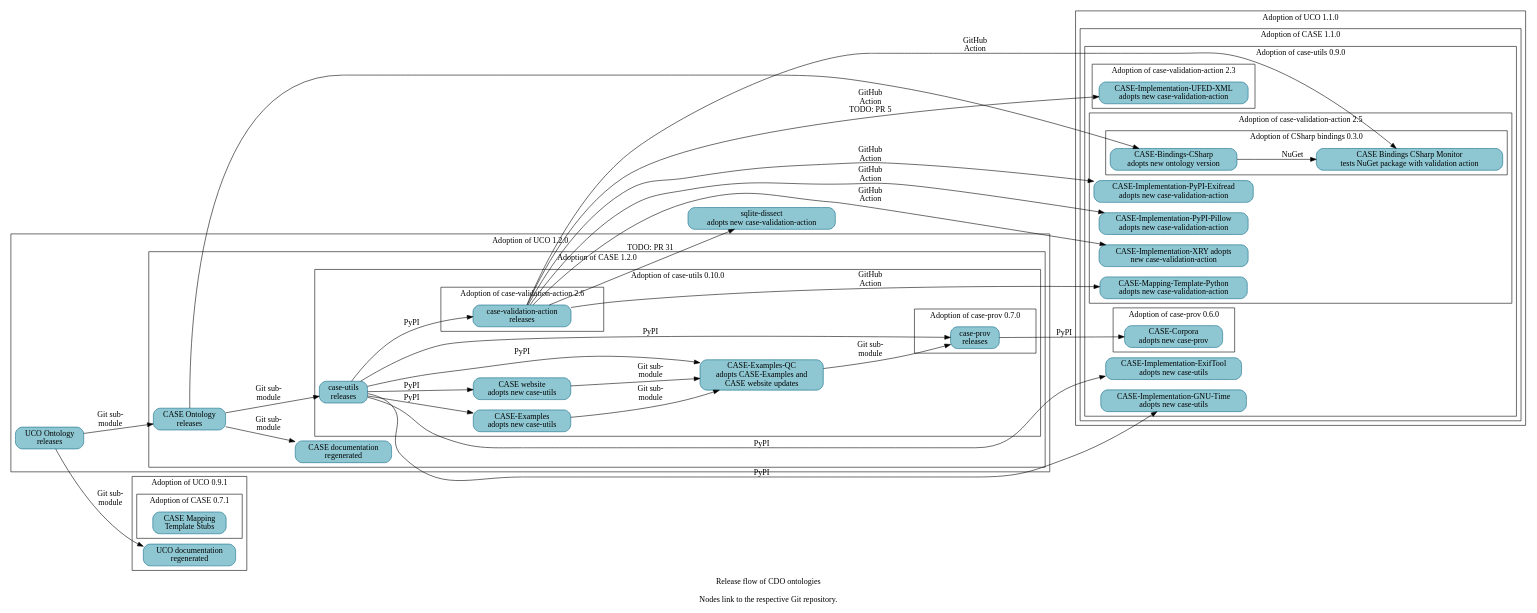
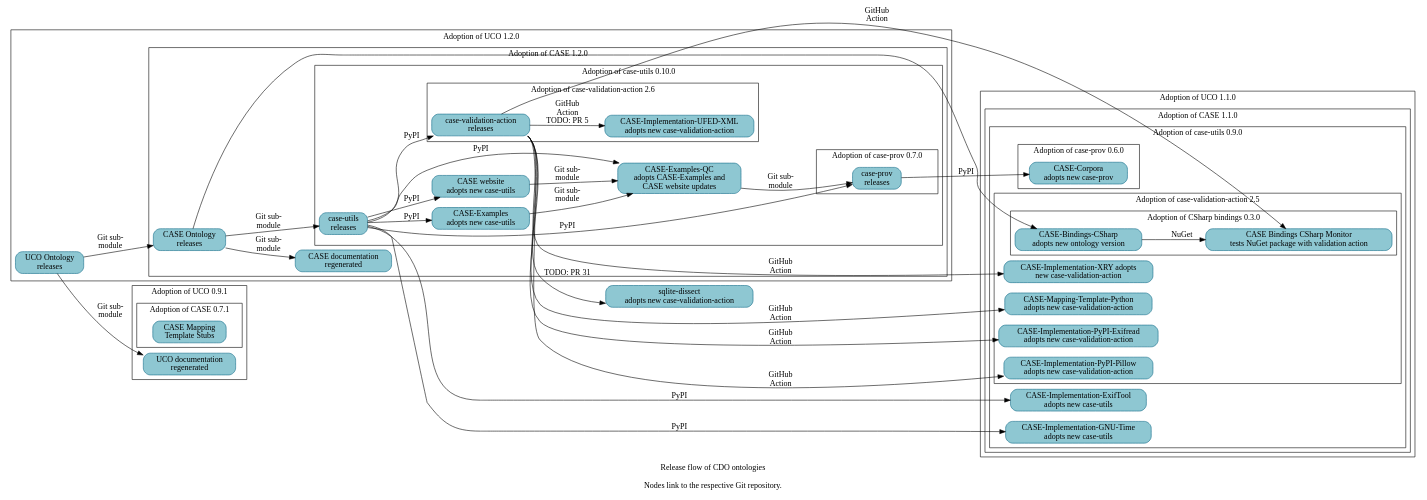
The diagram in resources/project_release_flow.dot (Cyber-Domain-Ontology/cdo.github.io), drawn with Graphviz before and after one commit.

Commit message:
Bump CASE-Implementation-UFED-XML adoption status
A follow-on patch will regenerate Make-managed files.

```diff
--- a/resources/project_release_flow.dot
+++ b/resources/project_release_flow.dot
@@ -1,123 +1,118 @@
 digraph "cdo_release_flow" {
   label = "Release flow of CDO ontologies\n\nNodes link to the respective Git repository." ;
   rankdir = "LR" ;
   node [shape="rectangle" style="filled,rounded" fillcolor="#8EC7D2" color="#0D6986"] ;
 
 
   // Define nodes in their corresponding progress subgraph.
 
   subgraph cluster_uco_0_9_1 {
     label = "Adoption of UCO 0.9.1" ;
 
     _GH__UCOPROJECT__ONTOLOGY_UNIFIEDCYBERONTOLOGY_ORG [URL="https://github.com/ucoProject/ontology.unifiedcyberontology.org" label="UCO documentation\nregenerated"] ;
 
     subgraph cluster_case_0_7_1 {
       label = "Adoption of CASE 0.7.1" ;
       _GH__CASEWORK__CASE_MAPPING_TEMPLATE_STUBS [URL="https://github.com/casework/CASE-Mapping-Template-Stubs" label="CASE Mapping\nTemplate Stubs"] ;
     }
   }
   subgraph cluster_uco_1_1_0 {
     label = "Adoption of UCO 1.1.0" ;
 
     subgraph cluster_case_1_1_0 {
       label = "Adoption of CASE 1.1.0" ;
 
       subgraph cluster_case_utils_0_9_0 {
         label = "Adoption of case-utils 0.9.0" ;
 
         _GH__CASEWORK__CASE_IMPLEMENTATON_EXIFTOOL [URL="https://github.com/casework/CASE-Implementation-ExifTool" label="CASE-Implementation-ExifTool\nadopts new case-utils"] ;
         _GH__CASEWORK__CASE_IMPLEMENTATON_GNU_TIME [URL="https://github.com/casework/CASE-Implementation-GNU-Time" label="CASE-Implementation-GNU-Time\nadopts new case-utils"] ;
 
         subgraph cluster_case_prov_0_6_0 {
           label = "Adoption of case-prov 0.6.0" ;
 
           _GH__CASEWORK__CASE_CORPORA [URL="https://github.com/casework/CASE-Corpora" label="CASE-Corpora\nadopts new case-prov"] ;
-        }
-
-        subgraph cluster_case_validation_action_2_3 {
-          label = "Adoption of case-validation-action 2.3" ;
-
-          _GH__CASEWORK__CASE_IMPLEMENTATON_UFED_XML [URL="https://github.com/casework/CASE-Implementation-UFED-XML" label="CASE-Implementation-UFED-XML\nadopts new case-validation-action"] ;
         }
 
         subgraph cluster_case_validation_action_2_5 {
           label = "Adoption of case-validation-action 2.5" ;
 
           _GH__CASEWORK__CASE_IMPLEMENTATON_PYPI_EXIFREAD [URL="https://github.com/casework/CASE-Implementation-PyPI-Exifread" label="CASE-Implementation-PyPI-Exifread\nadopts new case-validation-action"] ;
           _GH__CASEWORK__CASE_IMPLEMENTATON_PYPI_PILLOW [URL="https://github.com/casework/CASE-Implementation-PyPI-Pillow" label="CASE-Implementation-PyPI-Pillow\nadopts new case-validation-action"] ;
           _GH__CASEWORK__CASE_IMPLEMENTATON_XRY [URL="https://github.com/casework/CASE-Implementation-XRY" label="CASE-Implementation-XRY adopts\nnew case-validation-action"] ;
           _GH__CASEWORK__CASE_MAPPING_TEMPLATE_PYTHON [URL="https://github.com/casework/CASE-Mapping-Template-Python" label="CASE-Mapping-Template-Python\nadopts new case-validation-action"] ;
 
           subgraph cluster_case_bindings_csharp_0_3_0 {
             label = "Adoption of CSharp bindings 0.3.0" ;
             _GH__CASEWORK__CASE_BINDINGS_CSHARP_MONITOR [URL="https://github.com/casework/CASE-Bindings-CSharp-Monitor" label="CASE Bindings CSharp Monitor\ntests NuGet package with validation action"] ;
             _GH__CIPHERTECHSOLUTIONS__CASE_BINDINGS_CSHARP [URL="https://github.com/ciphertechsolutions/CASE-Bindings-CSharp" label="CASE-Bindings-CSharp\nadopts new ontology version"]
           }
         }
       }
     }
   }
   subgraph cluster_uco_1_2_0 {
     label = "Adoption of UCO 1.2.0" ;
 
     _GH__UCOPROJECT__UCO [URL="https://github.com/ucoProject/UCO" label="UCO Ontology\nreleases"] ;
 
     subgraph cluster_case_1_2_0 {
       label = "Adoption of CASE 1.2.0" ;
 
       _GH__CASEWORK__CASE [URL="https://github.com/casework/CASE" label="CASE Ontology\nreleases"] ;
       _GH__CASEWORK__ONTOLOGY_CASEONTOLOGY_ORG [URL="https://github.com/casework/ontology.caseontology.org" label="CASE documentation\nregenerated"] ;
 
       subgraph cluster_case_utils_0_10_0 {
         label = "Adoption of case-utils 0.10.0" ;
 
         _GH__AJNELSON_NIST__CASE_EXAMPLES_QC [URL="https://github.com/ajnelson-nist/CASE-Examples-QC" label="CASE-Examples-QC\nadopts CASE-Examples and\nCASE website updates"] ;
         _GH__CASEWORK__CASE_EXAMPLES [URL="https://github.com/casework/CASE-Examples" label="CASE-Examples\nadopts new case-utils"] ;
         _GH__CASEWORK__CASE_UTILITIES_PYTHON [URL="https://github.com/casework/CASE-Utilities-Python" label="case-utils\nreleases"] ;
         _GH__CASEWORK__CASEWORK_GITHUB_IO [URL="https://github.com/casework/casework.github.io" label="CASE website\nadopts new case-utils"] ;
 
         subgraph cluster_case_prov_0_7_0 {
           label = "Adoption of case-prov 0.7.0" ;
 
           _GH__CASEWORK__CASE_IMPLEMENTATON_PROV_O [URL="https://github.com/casework/CASE-Implementation-PROV-O" label="case-prov\nreleases"] ;
         }
         subgraph cluster_case_validation_action_2_6 {
           label = "Adoption of case-validation-action 2.6" ;
 
+          _GH__CASEWORK__CASE_IMPLEMENTATON_UFED_XML [URL="https://github.com/casework/CASE-Implementation-UFED-XML" label="CASE-Implementation-UFED-XML\nadopts new case-validation-action"] ;
           _GH__KCHASON__CASE_VALIDATION_ACTION [URL="https://github.com/kchason/case-validation-action" label="case-validation-action\nreleases"] ;
         }
       }
     }
   }
 
   _GH__DOD_CYBER_CRIME_CENTER__SQLITE_DISSECT [URL="https://github.com/dod-cyber-crime-center/sqlite-dissect" label="sqlite-dissect\nadopts new case-validation-action"] ;
 
   // Begin edges
 
   _GH__AJNELSON_NIST__CASE_EXAMPLES_QC -> _GH__CASEWORK__CASE_IMPLEMENTATON_PROV_O [label="Git sub-\nmodule"] ;
   _GH__CASEWORK__CASE -> _GH__CASEWORK__CASE_UTILITIES_PYTHON [label="Git sub-\nmodule"] ;
   _GH__CASEWORK__CASE -> _GH__CIPHERTECHSOLUTIONS__CASE_BINDINGS_CSHARP ;
   _GH__CASEWORK__CASE -> _GH__CASEWORK__ONTOLOGY_CASEONTOLOGY_ORG [label="Git sub-\nmodule"] ; 
   _GH__CASEWORK__CASE_EXAMPLES -> _GH__AJNELSON_NIST__CASE_EXAMPLES_QC [label="Git sub-\nmodule"] ;
   _GH__CASEWORK__CASE_IMPLEMENTATON_PROV_O -> _GH__CASEWORK__CASE_CORPORA [label="PyPI"] ;
   _GH__CASEWORK__CASE_UTILITIES_PYTHON -> _GH__AJNELSON_NIST__CASE_EXAMPLES_QC [label="PyPI"] ;
   _GH__CASEWORK__CASE_UTILITIES_PYTHON -> _GH__CASEWORK__CASE_EXAMPLES [label="PyPI"] ;
   _GH__CASEWORK__CASE_UTILITIES_PYTHON -> _GH__CASEWORK__CASE_IMPLEMENTATON_EXIFTOOL [label="PyPI"] ;
   _GH__CASEWORK__CASE_UTILITIES_PYTHON -> _GH__CASEWORK__CASE_IMPLEMENTATON_GNU_TIME [label="PyPI"] ;
   _GH__CASEWORK__CASE_UTILITIES_PYTHON -> _GH__CASEWORK__CASE_IMPLEMENTATON_PROV_O [label="PyPI"] ;
   _GH__CASEWORK__CASE_UTILITIES_PYTHON -> _GH__KCHASON__CASE_VALIDATION_ACTION [label="PyPI"] ;
   _GH__CASEWORK__CASE_UTILITIES_PYTHON -> _GH__CASEWORK__CASEWORK_GITHUB_IO [label="PyPI"] ;
   _GH__CASEWORK__CASEWORK_GITHUB_IO -> _GH__AJNELSON_NIST__CASE_EXAMPLES_QC [label="Git sub-\nmodule"] ;
   _GH__CIPHERTECHSOLUTIONS__CASE_BINDINGS_CSHARP -> _GH__CASEWORK__CASE_BINDINGS_CSHARP_MONITOR [label="NuGet"] ;
   _GH__KCHASON__CASE_VALIDATION_ACTION -> _GH__CASEWORK__CASE_BINDINGS_CSHARP_MONITOR [label="GitHub\nAction"] ;
   _GH__KCHASON__CASE_VALIDATION_ACTION -> _GH__CASEWORK__CASE_IMPLEMENTATON_PYPI_EXIFREAD [label="GitHub\nAction"] ;
   _GH__KCHASON__CASE_VALIDATION_ACTION -> _GH__CASEWORK__CASE_IMPLEMENTATON_PYPI_PILLOW [label="GitHub\nAction"] ;
   _GH__KCHASON__CASE_VALIDATION_ACTION -> _GH__CASEWORK__CASE_IMPLEMENTATON_UFED_XML [URL="https://github.com/casework/CASE-Implementation-UFED-XML/pull/5" label="GitHub\nAction\nTODO: PR 5"] ;
   _GH__KCHASON__CASE_VALIDATION_ACTION -> _GH__CASEWORK__CASE_IMPLEMENTATON_XRY [label="GitHub\nAction"] ;
   _GH__KCHASON__CASE_VALIDATION_ACTION -> _GH__CASEWORK__CASE_MAPPING_TEMPLATE_PYTHON [label="GitHub\nAction"] ;
   _GH__KCHASON__CASE_VALIDATION_ACTION -> _GH__DOD_CYBER_CRIME_CENTER__SQLITE_DISSECT [URL="https://github.com/dod-cyber-crime-center/sqlite-dissect/pull/31" label="TODO: PR 31"] ;
   // TODO _GH__UCOPROJECT__ONTOLOGY_UNIFIEDCYBERONTOLOGY_ORG -> _GH__CASEWORK__ONTOLOGY_CASEONTOLOGY_ORG [label="Tech-\ncheck"];
   _GH__UCOPROJECT__UCO -> _GH__CASEWORK__CASE [label="Git sub-\nmodule"] ;
   _GH__UCOPROJECT__UCO -> _GH__UCOPROJECT__ONTOLOGY_UNIFIEDCYBERONTOLOGY_ORG [label="Git sub-\nmodule"] ;
 
 }
```
